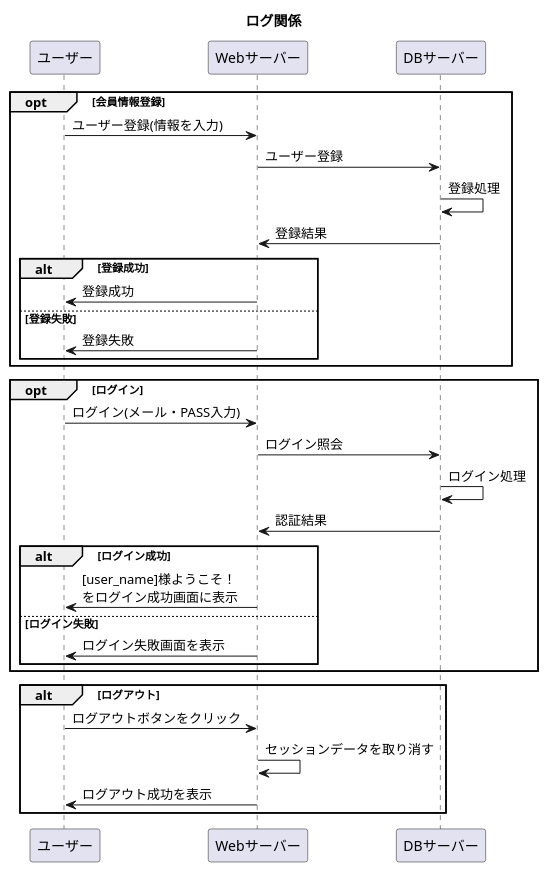
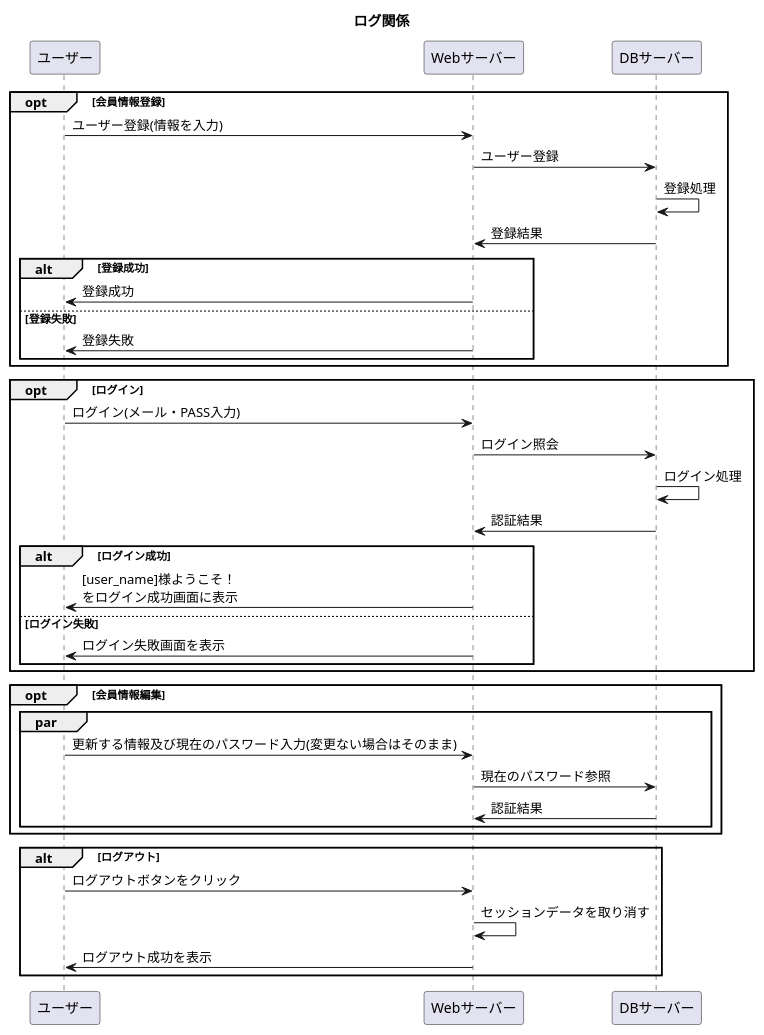
Before and after one commit to Aso2001227/Aso-Sports-1: the diagram in 設計書/02_業務フロー/Log-flow.md, drawn with PlantUML.

````diff
--- a/設計書/02_業務フロー/Log-flow.md
+++ b/設計書/02_業務フロー/Log-flow.md
@@ -1,32 +1,41 @@
 ```uml
 @startuml
 title: ログ関係
 opt 会員情報登録
   ユーザー -> Webサーバー : ユーザー登録(情報を入力)
   Webサーバー -> DBサーバー : ユーザー登録
   DBサーバー -> DBサーバー : 登録処理
   DBサーバー -> Webサーバー : 登録結果
   alt 登録成功
     Webサーバー -> ユーザー : 登録成功
     else 登録失敗
     Webサーバー -> ユーザー : 登録失敗
   end
   end
   opt ログイン
       ユーザー -> Webサーバー : ログイン(メール・PASS入力)
       Webサーバー -> DBサーバー : ログイン照会
       DBサーバー -> DBサーバー : ログイン処理
       DBサーバー -> Webサーバー : 認証結果
       alt ログイン成功
         Webサーバー -> ユーザー : [user_name]様ようこそ！\nをログイン成功画面に表示
        else ログイン失敗
         Webサーバー -> ユーザー : ログイン失敗画面を表示
       end
       end
+      
+    opt 会員情報編集
+    par
+      ユーザー ->Webサーバー :更新する情報及び現在のパスワード入力(変更ない場合はそのまま)
+      Webサーバー -> DBサーバー : 現在のパスワード参照
+      DBサーバー -> Webサーバー : 認証結果
+      end
+   end
+      
     alt ログアウト
       ユーザー ->Webサーバー :ログアウトボタンをクリック
       Webサーバー -> Webサーバー :セッションデータを取り消す
       Webサーバー -> ユーザー :ログアウト成功を表示 
      end
 @enduml
 ```
````
